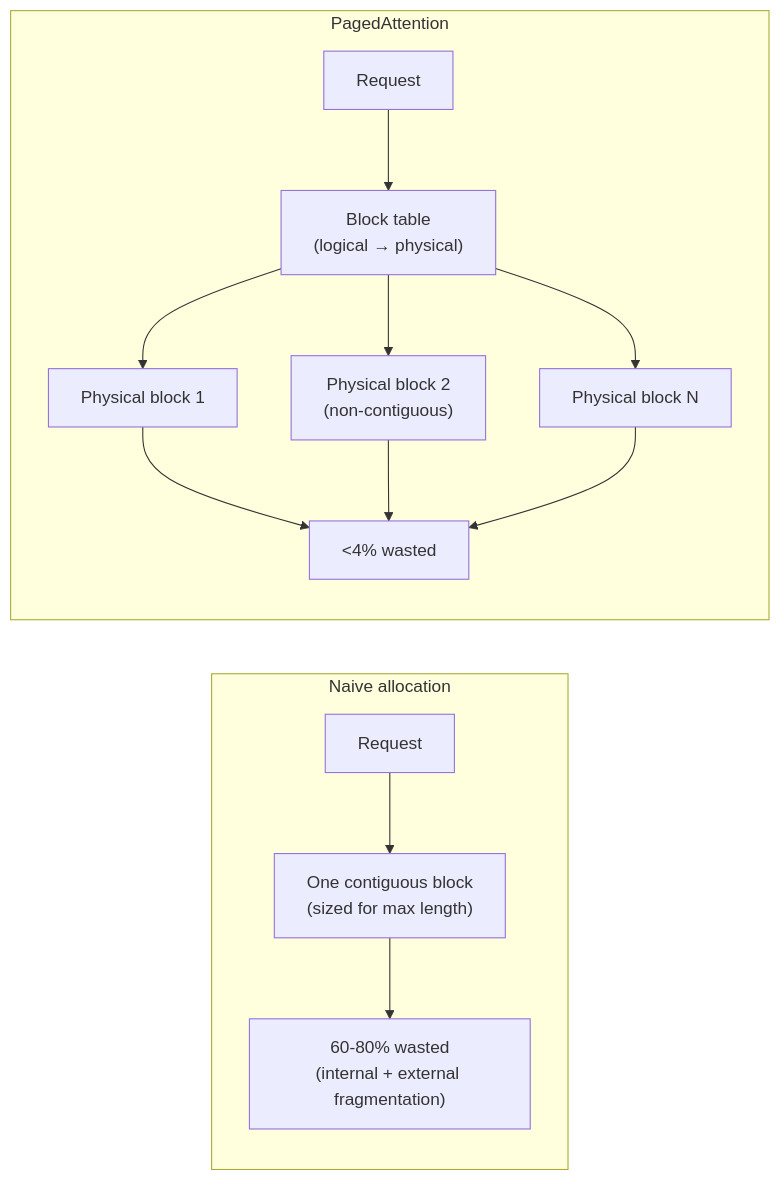
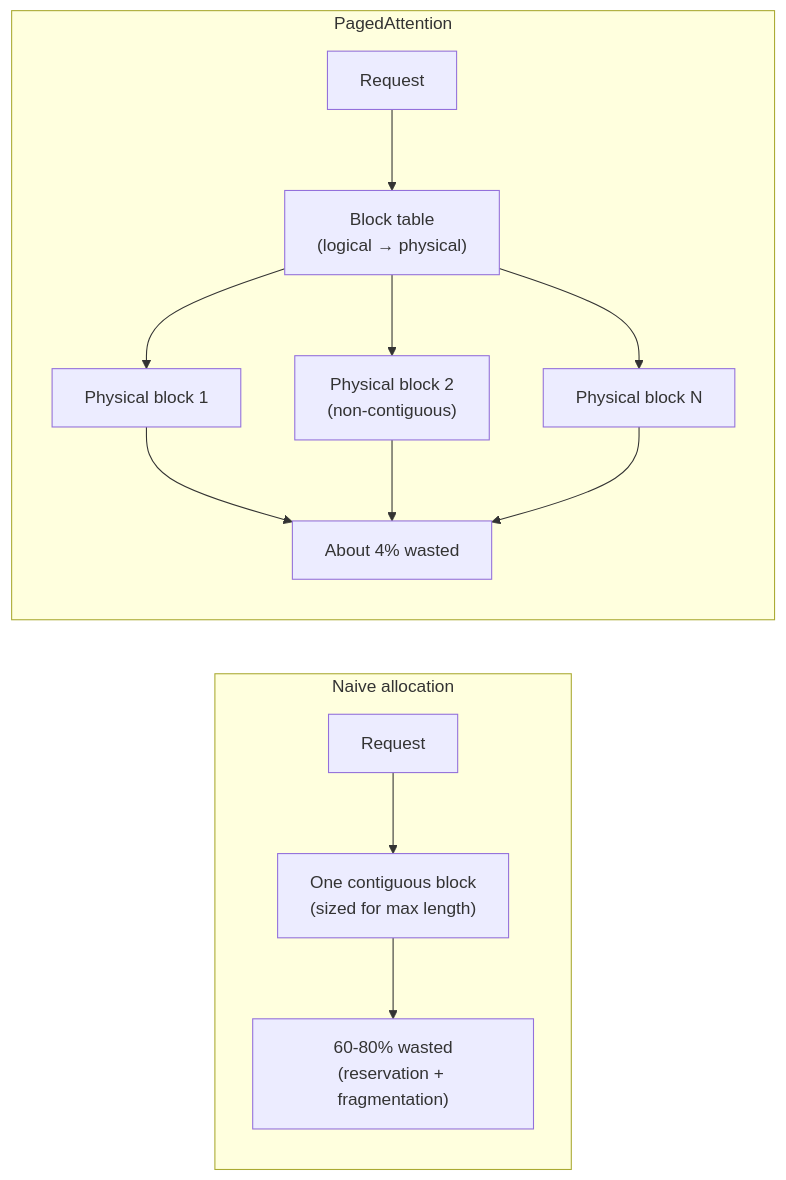
Before and after one commit to romancobblepot/AI-system-design-primer: the first of 3 diagrams in case-studies/llm-inference-serving/README.md, drawn with Mermaid. The commit also changed other lines of this file and 49 other files, not shown here.

````diff
--- a/case-studies/llm-inference-serving/README.md
+++ b/case-studies/llm-inference-serving/README.md
@@ -97,14 +197,14 @@
 ```mermaid
 flowchart LR
     subgraph Naive["Naive allocation"]
         R1["Request"] --> C1["One contiguous block\n(sized for max length)"]
-        C1 --> W1["60-80% wasted\n(internal + external fragmentation)"]
+        C1 --> W1["60-80% wasted\n(reservation + fragmentation)"]
     end
     subgraph Paged["PagedAttention"]
         R2["Request"] --> BT["Block table\n(logical → physical)"]
         BT --> B1["Physical block 1"]
         BT --> B2["Physical block 2\n(non-contiguous)"]
         BT --> B3["Physical block N"]
-        B1 & B2 & B3 --> W2["<4% wasted"]
+        B1 & B2 & B3 --> W2["About 4% wasted"]
     end
 ```
````
